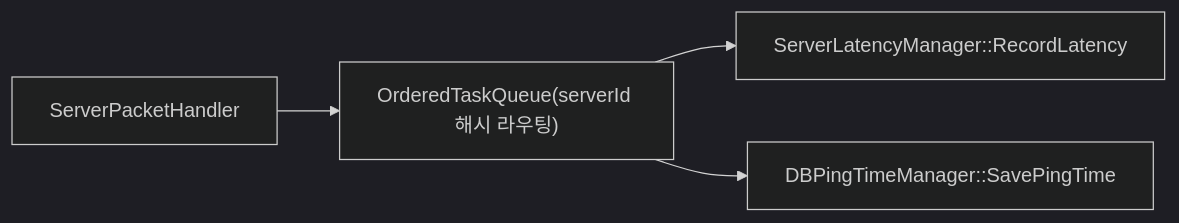
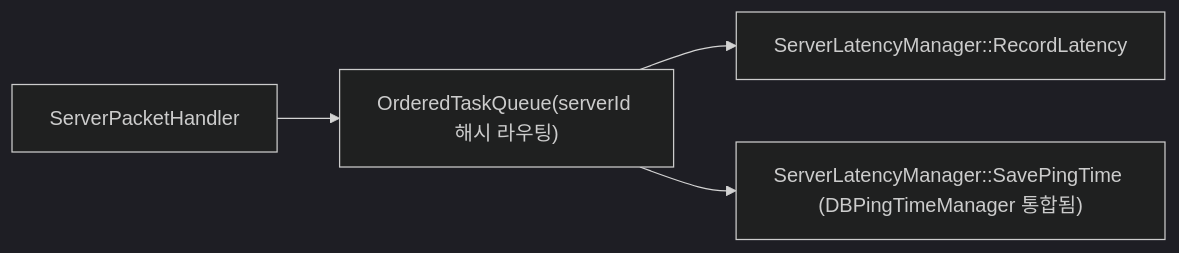
Before and after one commit to leedg/PublicStudy: the fifth of 5 diagrams in NetworkModuleTest/Doc/07_VisualMap.md, drawn with Mermaid (dark theme). The commit also changed other lines of this file and 11 other files, not shown here.

````diff
--- a/NetworkModuleTest/Doc/07_VisualMap.md
+++ b/NetworkModuleTest/Doc/07_VisualMap.md
@@ -111,6 +112,6 @@
 ```mermaid
 flowchart LR
     P["ServerPacketHandler"] --> Q["OrderedTaskQueue(serverId 해시 라우팅)"]
     Q --> R["ServerLatencyManager::RecordLatency"]
-    Q --> S["DBPingTimeManager::SavePingTime"]
+    Q --> S["ServerLatencyManager::SavePingTime (DBPingTimeManager 통합됨)"]
 ```
````
